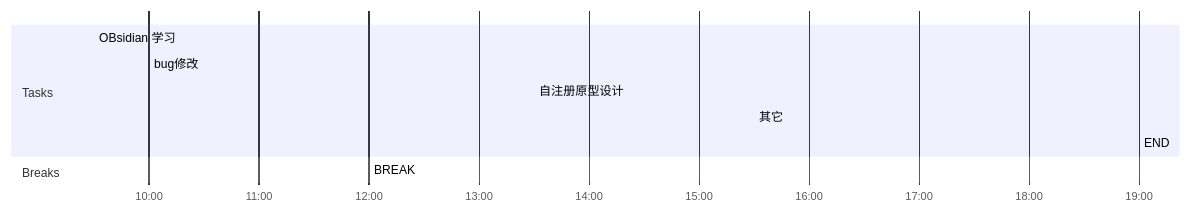
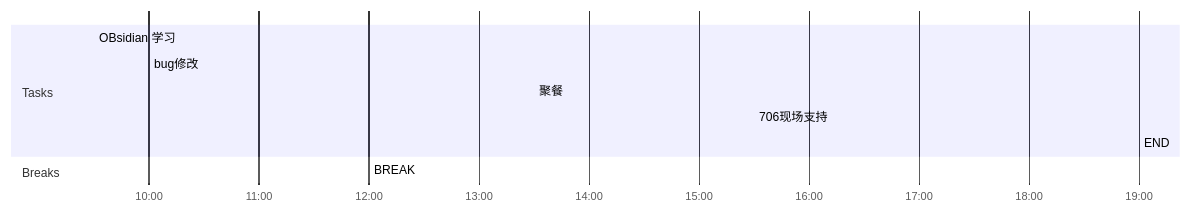
One commit to yangld/learn changed the diagram in Day Planners/Day Planner-20211118.md. Above: the diagram before and after it, drawn with Mermaid. The commit also changed other lines of this file and 9 other files, not shown here.

````diff
--- a/Day Planners/Day Planner-20211118.md
+++ b/Day Planners/Day Planner-20211118.md
@@ -2,14 +2,14 @@
 ```mermaid
 gantt
     dateFormat  HH-mm
     axisFormat %H:%M
-    %% Current Time: 上午9:39:21
+    %% Current Time: 上午10:23:36
     section Tasks
     OBsidian 学习     :09-30, 30mm
     bug修改     :10-00, 120mm
-    自注册原型设计     :13-30, 120mm
-    其它     :15-30, 210mm
+    聚餐     :13-30, 120mm
+    706现场支持     :15-30, 210mm
     END     :19-00, 0mm
     section Breaks
     BREAK     :12-00, 90mm
 ```
````
